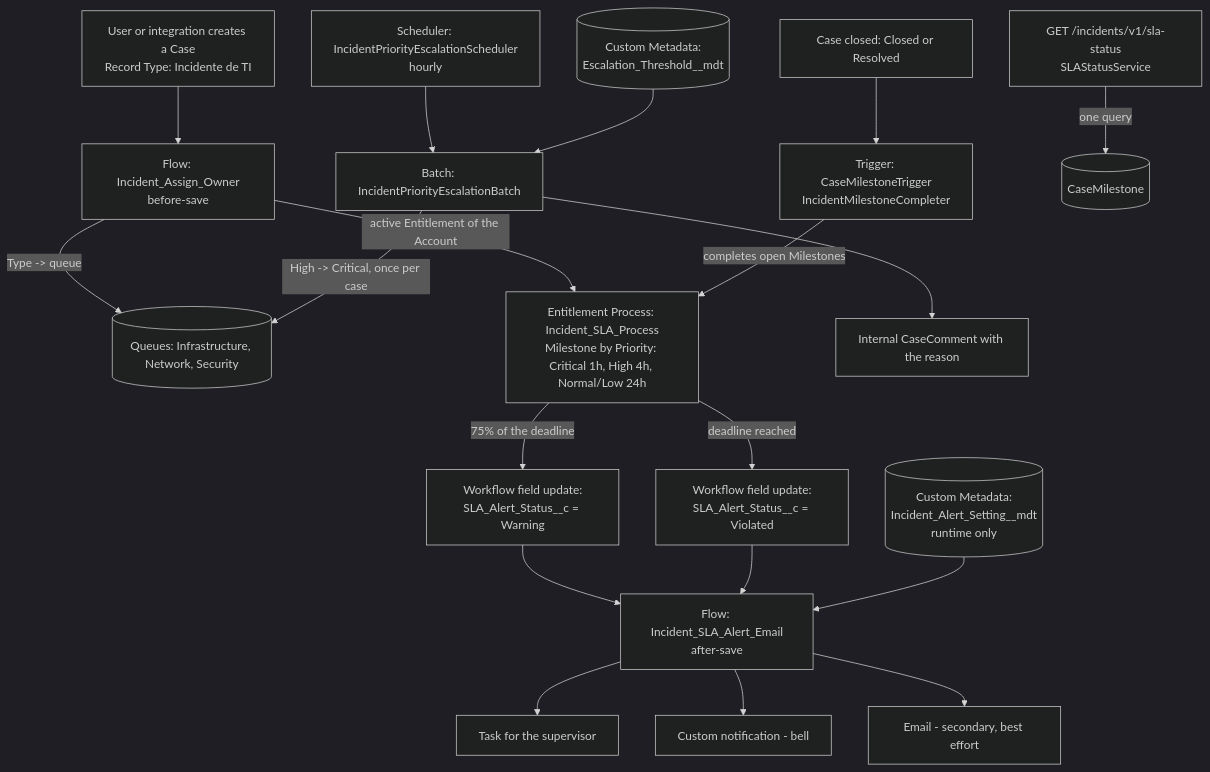
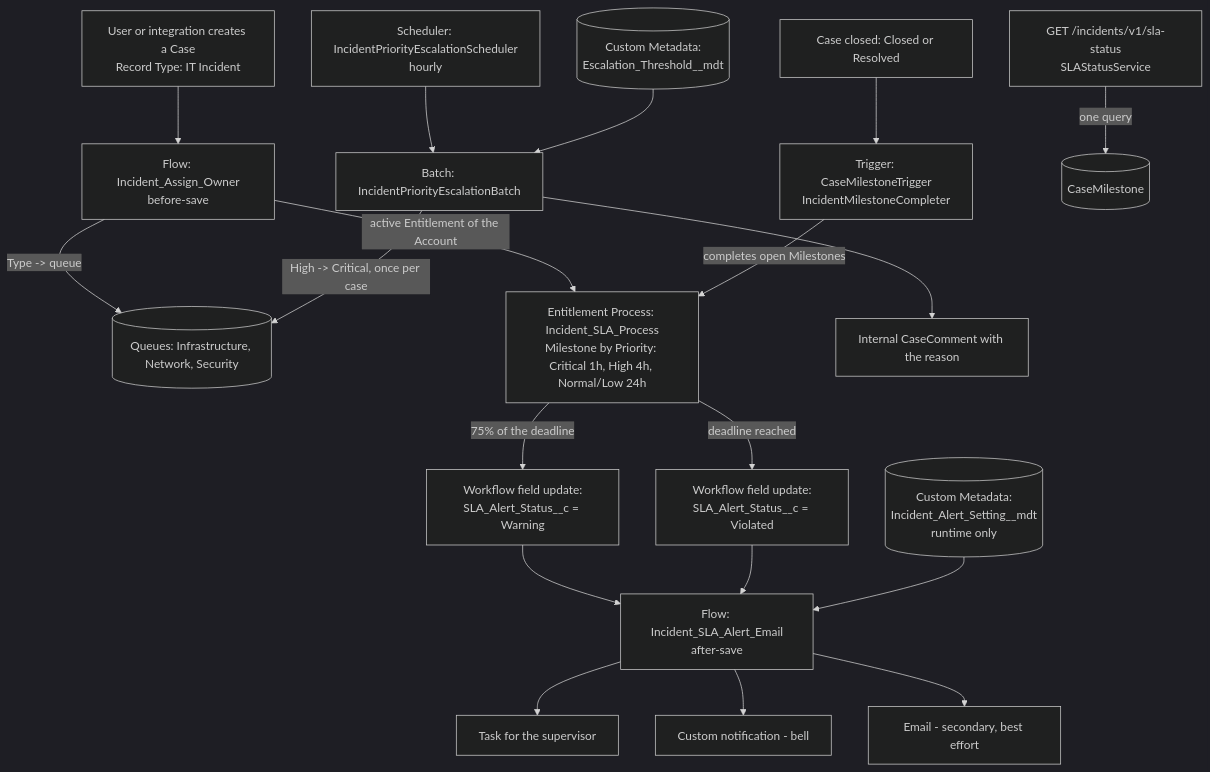
One commit to luisandrade29/incident-sla-manager changed the diagram in README.md. Above: the diagram before and after it, drawn with Mermaid (dark theme). The commit also changed other lines of this file, not shown here.

````diff
--- a/README.md
+++ b/README.md
@@ -19,21 +19,21 @@
 ```mermaid
 flowchart TD
-    U[User or integration creates a Case<br/>Record Type: Incidente de TI] --> F1[Flow: Incident_Assign_Owner<br/>before-save]
+    U[User or integration creates a Case<br/>Record Type: IT Incident] --> F1[Flow: Incident_Assign_Owner<br/>before-save]
     F1 -->|Type -> queue| Q[(Queues: Infrastructure, Network, Security)]
     F1 -->|active Entitlement of the Account| EP[Entitlement Process: Incident_SLA_Process<br/>Milestone by Priority: Critical 1h, High 4h, Normal/Low 24h]
     EP -->|75% of the deadline| WU1[Workflow field update:<br/>SLA_Alert_Status__c = Warning]
     EP -->|deadline reached| WU2[Workflow field update:<br/>SLA_Alert_Status__c = Violated]
     WU1 --> F2[Flow: Incident_SLA_Alert_Email<br/>after-save]
     WU2 --> F2
     F2 --> T[Task for the supervisor]
     F2 --> N[Custom notification - bell]
     F2 --> E[Email - secondary, best effort]
     C[Case closed: Closed or Resolved] --> TR[Trigger: CaseMilestoneTrigger<br/>IncidentMilestoneCompleter]
     TR -->|completes open Milestones| EP
     S[Scheduler: IncidentPriorityEscalationScheduler<br/>hourly] --> B[Batch: IncidentPriorityEscalationBatch]
     CMD[(Custom Metadata:<br/>Escalation_Threshold__mdt)] --> B
     B -->|High -> Critical, once per case| Q
     B --> CC[Internal CaseComment with the reason]
     API[GET /incidents/v1/sla-status<br/>SLAStatusService] -->|one query| CM[(CaseMilestone)]
     CFG[(Custom Metadata:<br/>Incident_Alert_Setting__mdt<br/>runtime only)] --> F2
 ```
````
